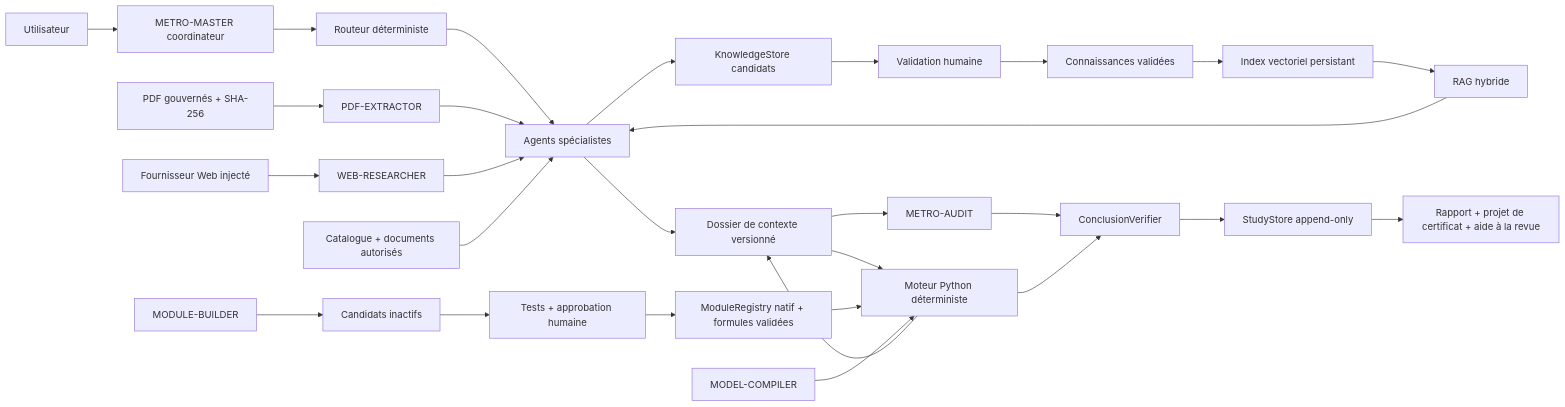
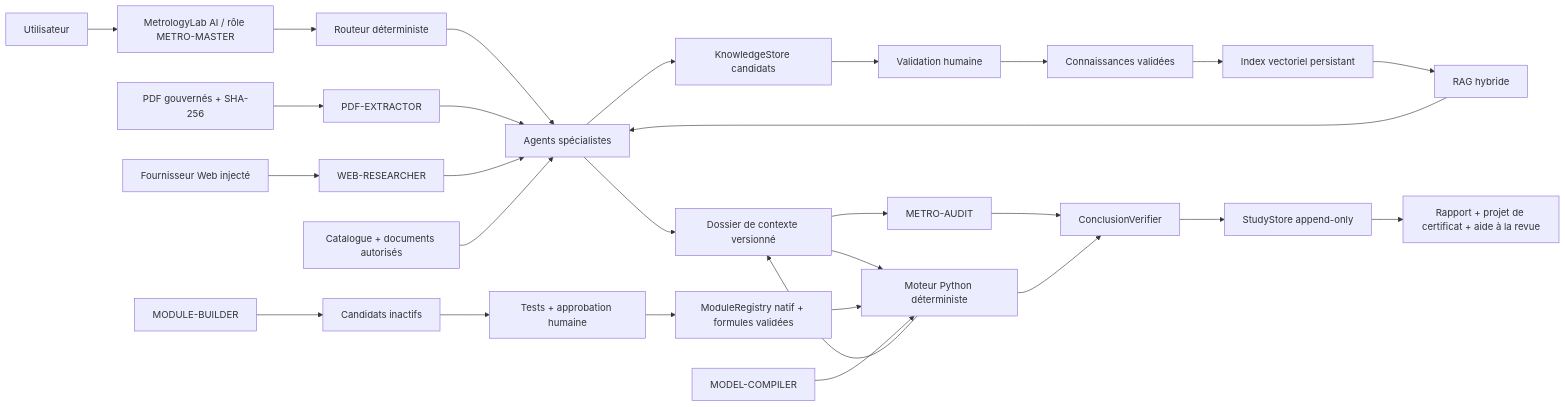
One commit to houblou/metro-master changed the diagram in docs/architecture.md. Above: the diagram before and after it, drawn with Mermaid. The commit also changed 24 other files, not shown here.

Commit message:
Rename project and skill to MetrologyLab AI

````diff
--- a/docs/architecture.md
+++ b/docs/architecture.md
@@ -36,30 +36,30 @@
 ```mermaid
 flowchart LR
-    U[Utilisateur] --> C[METRO-MASTER coordinateur]
+    U[Utilisateur] --> C[MetrologyLab AI / rôle METRO-MASTER]
     C --> R[Routeur déterministe]
     R --> A[Agents spécialistes]
     P[PDF gouvernés + SHA-256] --> X[PDF-EXTRACTOR]
     X --> A
     W[Fournisseur Web injecté] --> S[WEB-RESEARCHER]
     S --> A
     A --> Z[KnowledgeStore candidats]
     Z --> V[Validation humaine]
     V --> J[Connaissances validées]
     J --> I[Index vectoriel persistant]
     I --> G[RAG hybride]
     G --> A
     A --> D[Dossier de contexte versionné]
     D --> E[Moteur Python déterministe]
     M[ModuleRegistry natif + formules validées] --> E
     B[MODULE-BUILDER] --> K[Candidats inactifs]
     K --> H[Tests + approbation humaine]
     H --> M
     L[Catalogue + documents autorisés] --> A
     E --> D
     D --> Q[METRO-AUDIT]
     T[MODEL-COMPILER] --> E
     Q --> F[ConclusionVerifier]
     E --> F
     F --> Y[StudyStore append-only]
     Y --> O[Rapport + projet de certificat + aide à la revue]
 ```
````
